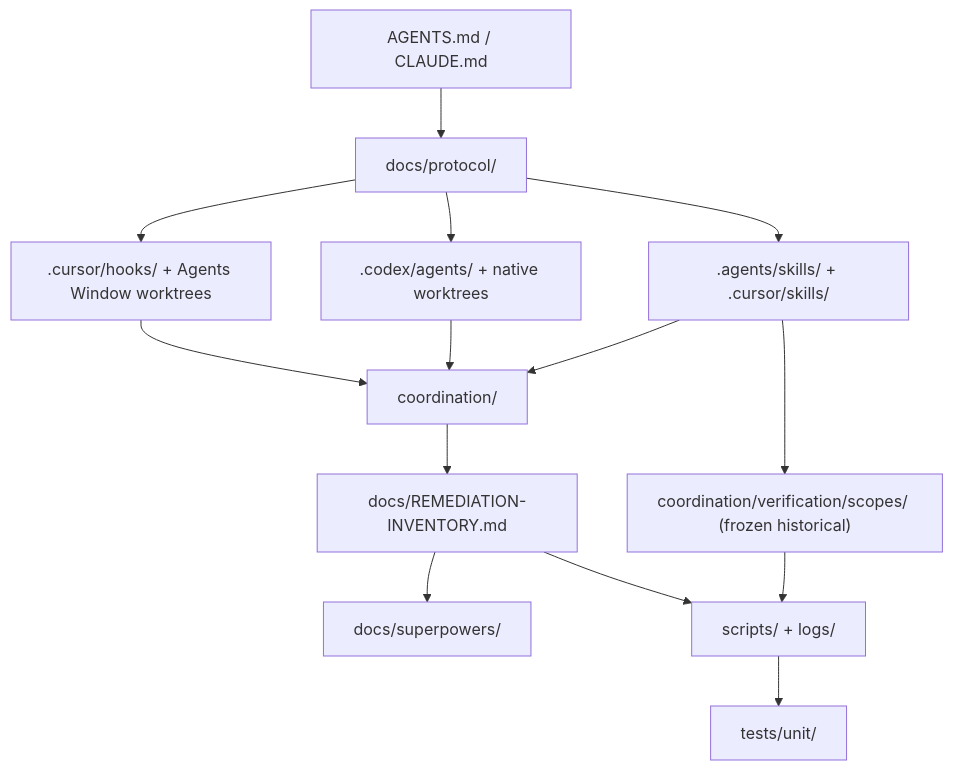
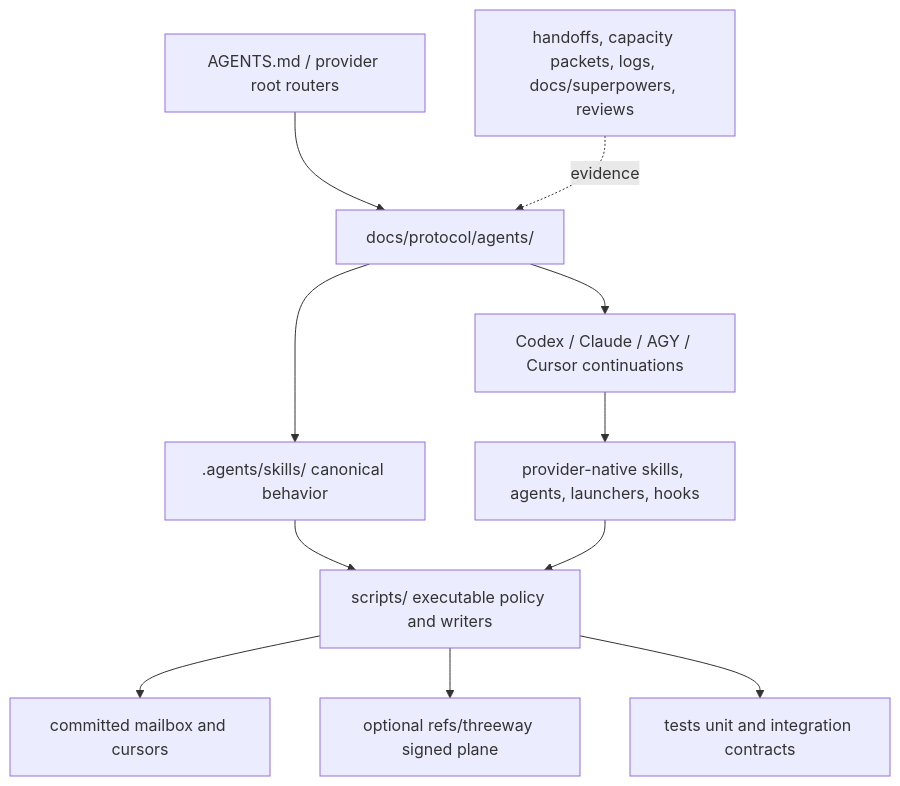
One commit to hkk009008-svg/governance-os changed the diagram in docs/protocol/protocol-assembly-map.md. Above: the diagram before and after it, drawn with Mermaid. The commit also changed other lines of this file and 126 other files, not shown here.

````diff
--- a/docs/protocol/protocol-assembly-map.md
+++ b/docs/protocol/protocol-assembly-map.md
@@ -10,28 +6,13 @@
 ```mermaid
 flowchart TD
-    Root["AGENTS.md / CLAUDE.md"]
-    Policy["docs/protocol/"]
-    Skills[".agents/skills/ + .cursor/skills/"]
-    Codex[".codex/agents/ + native worktrees"]
-    Cursor[".cursor/hooks/ + Agents Window worktrees"]
-    Scope["coordination/verification/scopes/ (frozen historical)"]
-    Ledger["coordination/"]
-    Board["docs/REMEDIATION-INVENTORY.md"]
-    Work["docs/superpowers/"]
-    Evidence["scripts/ + logs/"]
-    Tests["tests/unit/"]
-
-    Root --> Policy
-    Policy --> Skills
-    Policy --> Codex
-    Policy --> Cursor
-    Skills --> Ledger
-    Codex --> Ledger
-    Cursor --> Ledger
-    Skills --> Scope
-    Scope --> Evidence
-    Ledger --> Board
-    Board --> Work
-    Board --> Evidence
-    Evidence --> Tests
+  Root["AGENTS.md / provider root routers"] --> Policy["docs/protocol/agents/"]
+  Policy --> Adapters["Codex / Claude / AGY / Cursor continuations"]
+  Policy --> Skills[".agents/skills/ canonical behavior"]
+  Adapters --> Native["provider-native skills, agents, launchers, hooks"]
+  Skills --> Kernel["scripts/ executable policy and writers"]
+  Native --> Kernel
+  Kernel --> Mailbox["committed mailbox and cursors"]
+  Kernel --> Bus["optional refs/threeway signed plane"]
+  Kernel --> Tests["tests unit and integration contracts"]
+  History["handoffs, capacity packets, logs, docs/superpowers, reviews"] -. evidence .-> Policy
 ```
````
